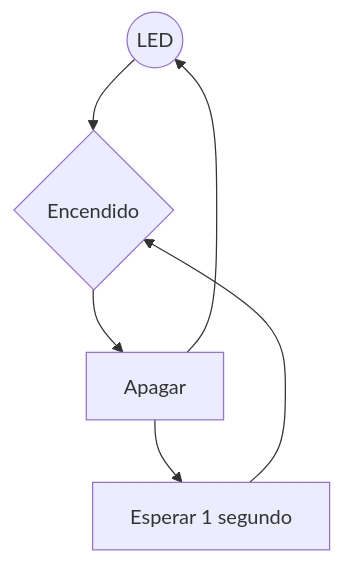
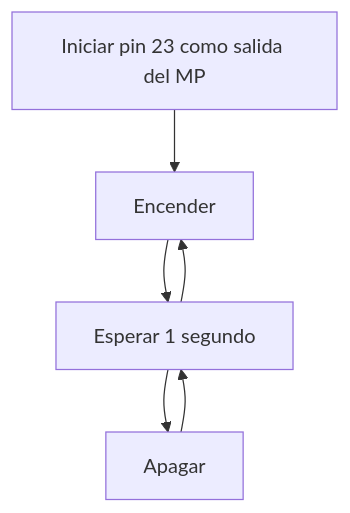
One commit to XaviHidalgo/PR1_PD_XavierHidalgo changed the diagram in README.md. Above: the diagram before and after it, drawn with Mermaid.

````diff
--- a/README.md
+++ b/README.md
@@ -109,8 +109,8 @@
 ```mermaid
 graph TD;
-    LED((LED)) --> Encendido{Encendido};
-    Encendido --> Apagar;
-    Apagar --> LED;
+    inicio[Iniciar pin 23 como salida del MP] --> Encender;
+    Encender --> Esperar[Esperar 1 segundo];
+    Esperar --> Apagar;
     Apagar --> Esperar[Esperar 1 segundo];
-    Esperar --> Encendido;
+    Esperar --> Encender;
 ```
````
